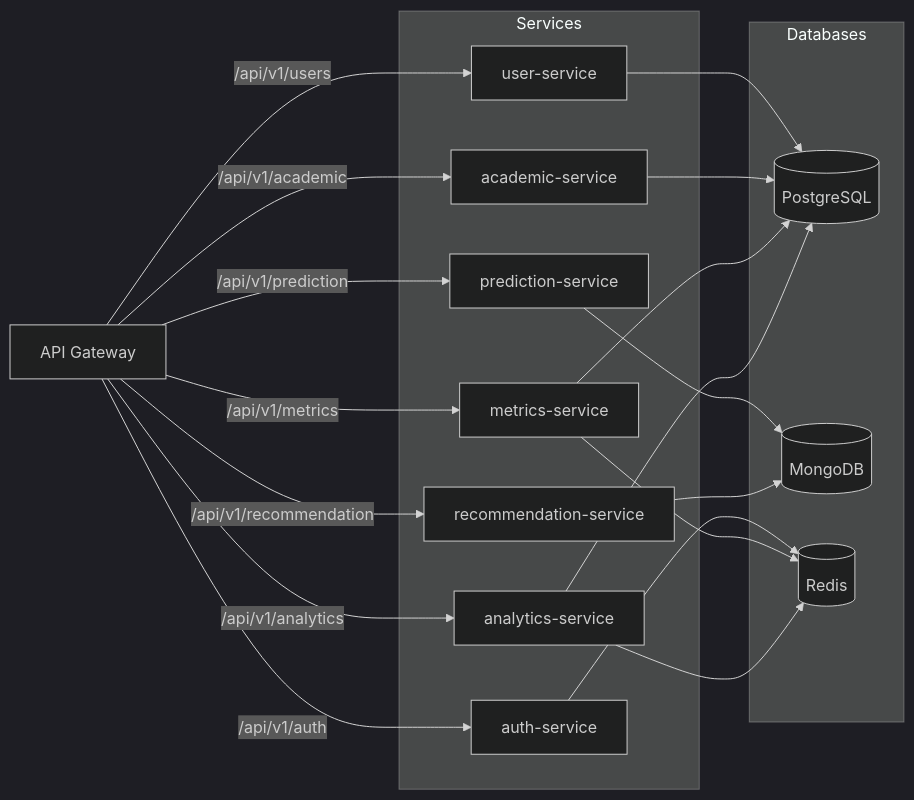
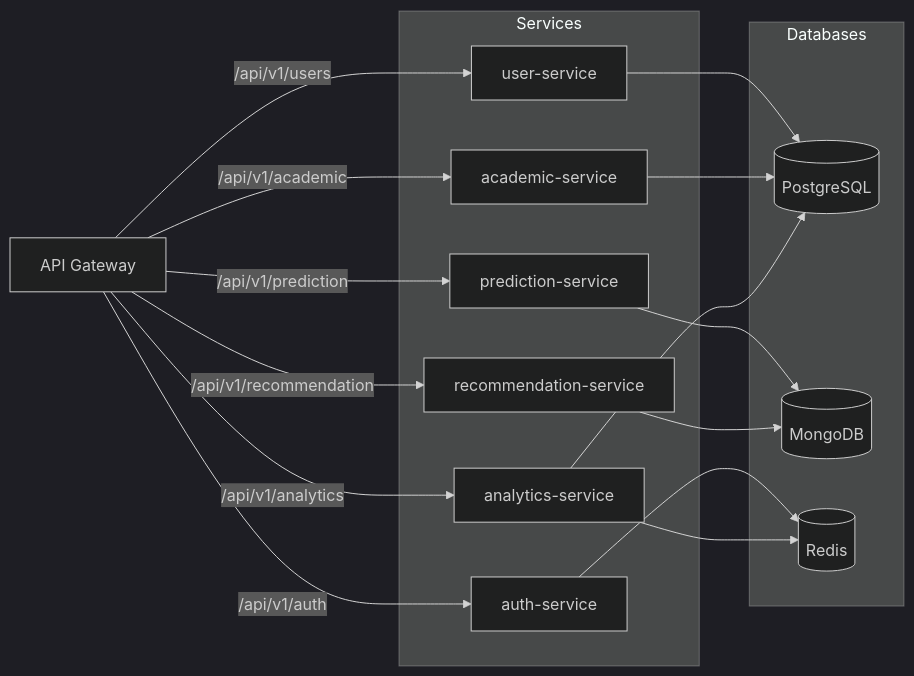
One commit to MentoraPredict/MentoraPredict changed the diagram in docs/diagrams/microservices.mmd. Above: the diagram before and after it, drawn with Mermaid (dark theme). The commit also changed 42 other files, not shown here.

First line of the commit message:
refactor(desktop): consolidate metrics service into analytics

```diff
--- a/docs/diagrams/microservices.mmd
+++ b/docs/diagrams/microservices.mmd
@@ -1,35 +1,31 @@
 graph LR
   APIGW[API Gateway]
   subgraph Services
     AUTH[auth-service]
     USER[user-service]
     ACADEMIC[academic-service]
-    METRICS[metrics-service]
     PRED[prediction-service]
     RECO[recommendation-service]
     ANALYTICS[analytics-service]
   end
   subgraph Databases
     PG[(PostgreSQL)]
     MONGO[(MongoDB)]
     REDIS[(Redis)]
   end
   APIGW -->|/api/v1/auth| AUTH
   APIGW -->|/api/v1/users| USER
   APIGW -->|/api/v1/academic| ACADEMIC
-  APIGW -->|/api/v1/metrics| METRICS
   APIGW -->|/api/v1/prediction| PRED
   APIGW -->|/api/v1/recommendation| RECO
   APIGW -->|/api/v1/analytics| ANALYTICS
 
   USER --> PG
   ACADEMIC --> PG
-  METRICS --> PG
   ANALYTICS --> PG
 
   PRED --> MONGO
   RECO --> MONGO
 
   AUTH --> REDIS
-  METRICS --> REDIS
   ANALYTICS --> REDIS
```
